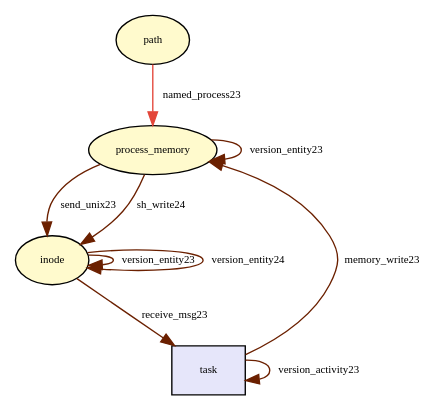
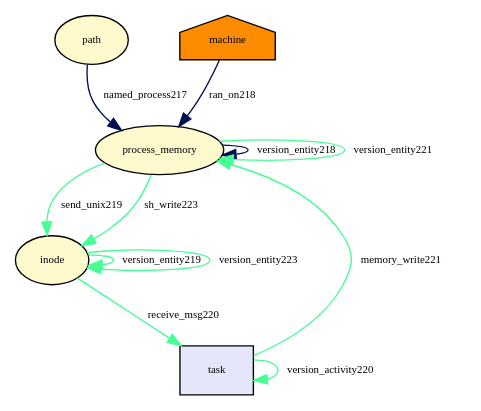
The diagram in tmp/provenance_socket_recvmsg_always.dot (TinkerBellSystem/graph-matching), drawn with Graphviz before and after one commit. The commit also changed 76 other files, not shown here.

```diff
--- a/tmp/provenance_socket_recvmsg_always.dot
+++ b/tmp/provenance_socket_recvmsg_always.dot
@@ -1,27 +1,33 @@
 digraph RGL__DirectedAdjacencyGraph {path[fontsize = 8,label = "path",shape = ellipse, fillcolor="#fffacd", style = filled]
 
 process_memory[fontsize = 8,label = "process_memory",shape = ellipse, fillcolor="#fffacd", style = filled]
 
-path -> process_memory[fontsize = 8,label = "named_process23", color="#e3473a"]
+path -> process_memory[fontsize = 8,label = "named_process217", color="#011150"]
+
+process_memory -> process_memory[fontsize = 8,label = "version_entity218", color="#011150"]
+
+machine[fontsize = 8,label = "machine",shape = house, fillcolor="#ff8c00", style = filled]
+
+machine -> process_memory[fontsize = 8,label = "ran_on218", color="#011150"]
 
 inode[fontsize = 8,label = "inode",shape = ellipse, fillcolor="#fffacd", style = filled]
 
-inode -> inode[fontsize = 8,label = "version_entity23", color="#6b2000"]
+inode -> inode[fontsize = 8,label = "version_entity219", color="#46fe94"]
 
-process_memory -> inode[fontsize = 8,label = "send_unix23", color="#6b2000"]
+process_memory -> inode[fontsize = 8,label = "send_unix219", color="#46fe94"]
 
 task[fontsize = 8,label = "task",shape = rectangle, fillcolor="#e6e6fa", style = filled]
 
-task -> task[fontsize = 8,label = "version_activity23", color="#6b2000"]
+task -> task[fontsize = 8,label = "version_activity220", color="#46fe94"]
 
-inode -> task[fontsize = 8,label = "receive_msg23", color="#6b2000"]
+inode -> task[fontsize = 8,label = "receive_msg220", color="#46fe94"]
 
-process_memory -> process_memory[fontsize = 8,label = "version_entity23", color="#6b2000"]
+process_memory -> process_memory[fontsize = 8,label = "version_entity221", color="#46fe94"]
 
-task -> process_memory[fontsize = 8,label = "memory_write23", color="#6b2000"]
+task -> process_memory[fontsize = 8,label = "memory_write221", color="#46fe94"]
 
-inode -> inode[fontsize = 8,label = "version_entity24", color="#6b2000"]
+inode -> inode[fontsize = 8,label = "version_entity223", color="#46fe94"]
 
-process_memory -> inode[fontsize = 8,label = "sh_write24", color="#6b2000"]
+process_memory -> inode[fontsize = 8,label = "sh_write223", color="#46fe94"]
 
 }
```
